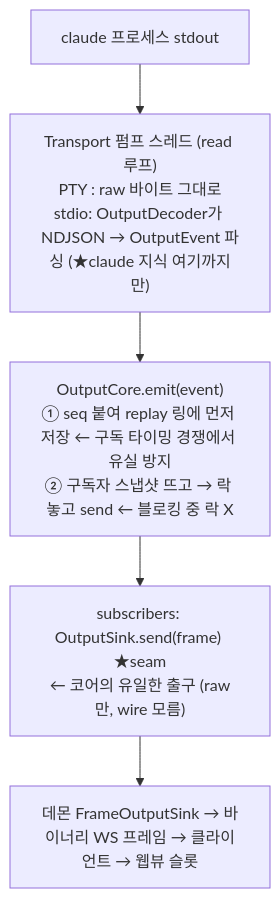
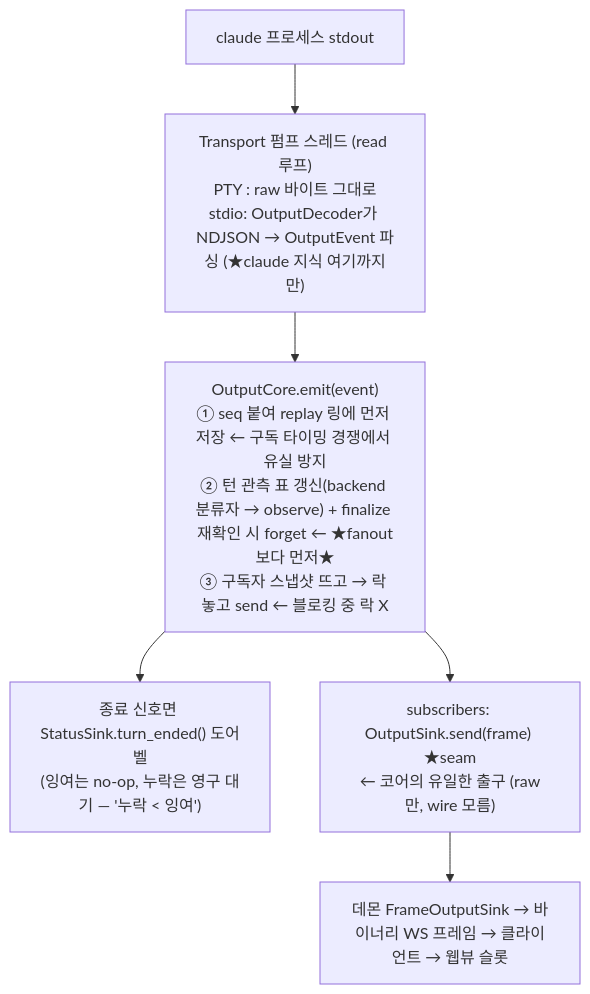
One commit to kimsunzun/engram-dashboard changed the fifth of 20 diagrams in docs/reference/architecture-overview.md. Above: the diagram before and after it, drawn with Mermaid. The commit also changed other lines of this file and 2 other files, not shown here.

````diff
--- a/docs/reference/architecture-overview.md
+++ b/docs/reference/architecture-overview.md
@@ -220,10 +240,12 @@
 ```mermaid
 flowchart TD
   SO["claude 프로세스 stdout"]
   PUMP["Transport 펌프 스레드 (read 루프)<br/>PTY : raw 바이트 그대로<br/>stdio: OutputDecoder가 NDJSON → OutputEvent 파싱 (★claude 지식 여기까지만)"]
-  EMIT["OutputCore.emit(event)<br/>① seq 붙여 replay 링에 먼저 저장 ← 구독 타이밍 경쟁에서 유실 방지<br/>② 구독자 스냅샷 뜨고 → 락 놓고 send ← 블로킹 중 락 X"]
+  EMIT["OutputCore.emit(event)<br/>① seq 붙여 replay 링에 먼저 저장 ← 구독 타이밍 경쟁에서 유실 방지<br/>② 턴 관측 표 갱신(backend 분류자 → observe) + finalize 재확인 시 forget ← ★fanout보다 먼저★<br/>③ 구독자 스냅샷 뜨고 → 락 놓고 send ← 블로킹 중 락 X"]
+  BELL["종료 신호면 StatusSink.turn_ended() 도어벨<br/>(잉여는 no-op, 누락은 영구 대기 — '누락 &lt; 잉여')"]
   SUB["subscribers: OutputSink.send(frame) ★seam<br/>← 코어의 유일한 출구 (raw만, wire 모름)"]
   WSSINK["데몬 FrameOutputSink → 바이너리 WS 프레임 → 클라이언트 → 웹뷰 슬롯"]
 
   SO --> PUMP --> EMIT --> SUB --> WSSINK
+  EMIT --> BELL
 ```
````
